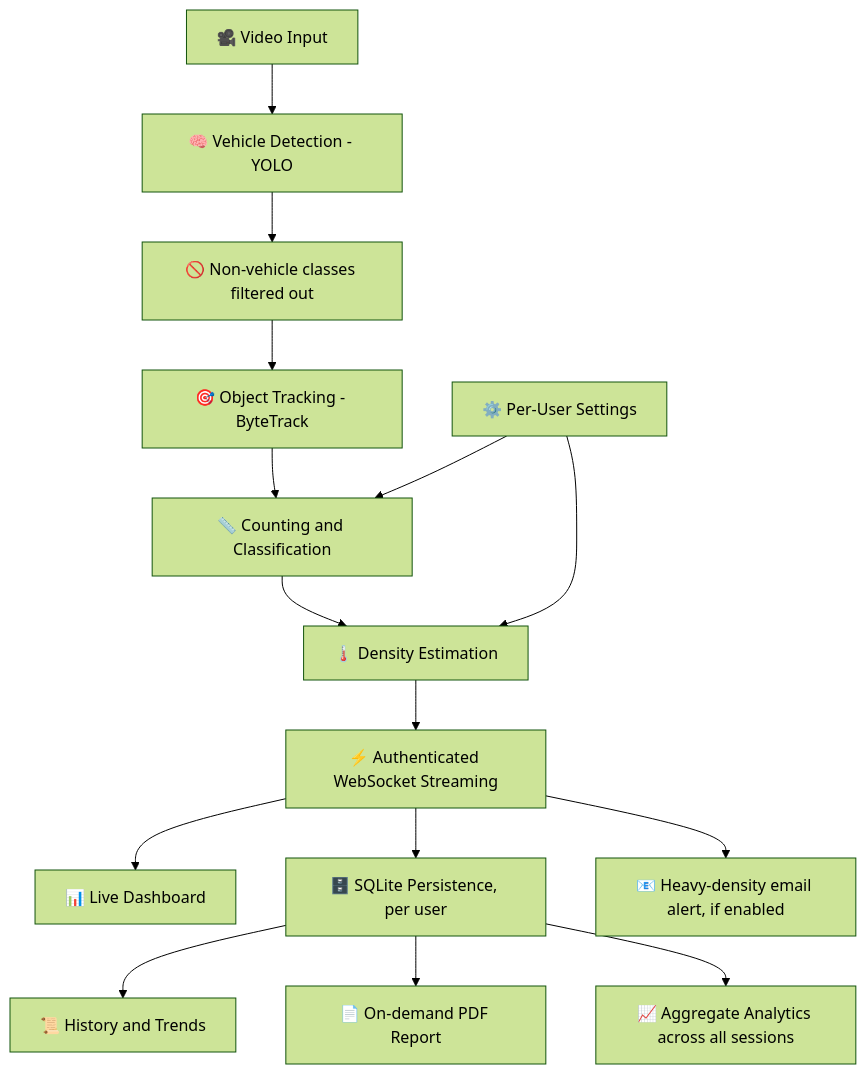
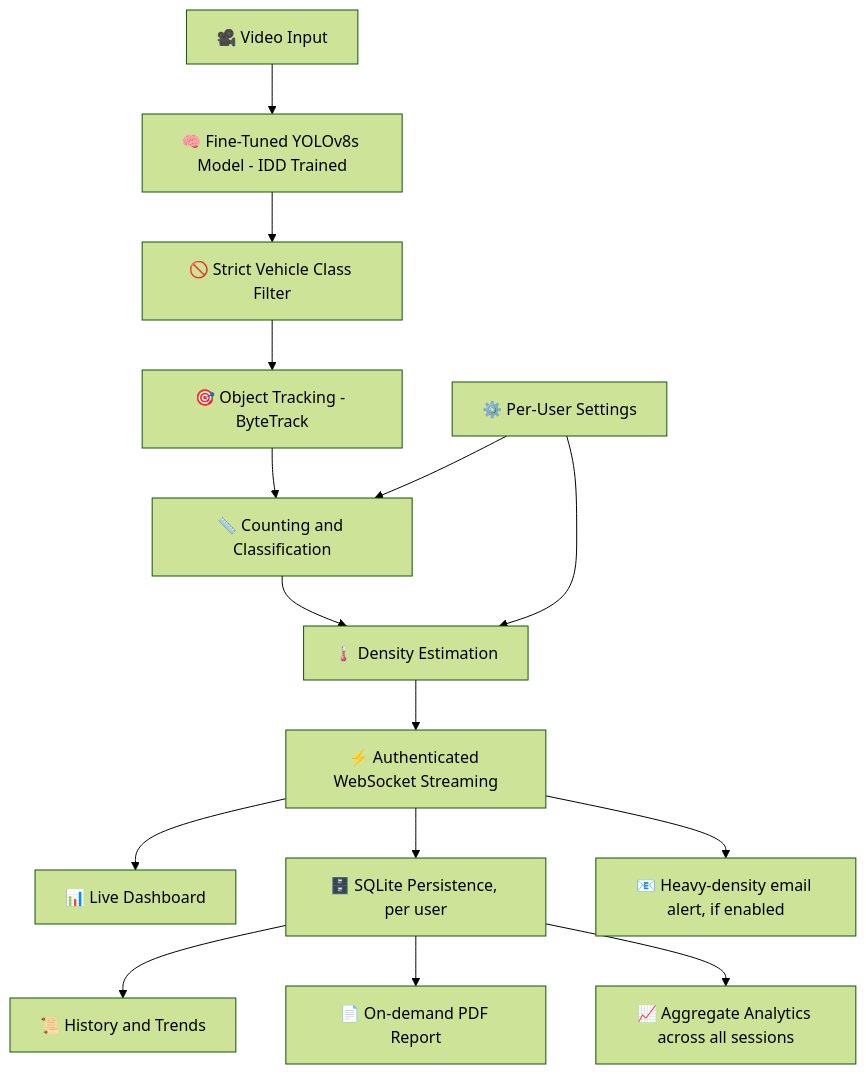
Before and after one commit to adityyapratapsingh22/YatayatAi: the first of 2 diagrams in README.md, drawn with Mermaid (forest theme). The commit also changed other lines of this file, not shown here.

````diff
--- a/README.md
+++ b/README.md
@@ -74,17 +99,17 @@
 ```mermaid
 flowchart TD
-    A[🎥 Video Input] --> B[🧠 Vehicle Detection - YOLO]
-    B --> B2[🚫 Non-vehicle classes filtered out]
+    A[🎥 Video Input] --> B[🧠 Fine-Tuned YOLOv8s Model - IDD Trained]
+    B --> B2[🚫 Strict Vehicle Class Filter]
     B2 --> C[🎯 Object Tracking - ByteTrack]
     C --> D[📏 Counting and Classification]
     D --> E[🌡️ Density Estimation]
     E --> F[⚡ Authenticated WebSocket Streaming]
     F --> G[📊 Live Dashboard]
     F --> H[🗄️ SQLite Persistence, per user]
     F --> J[📧 Heavy-density email alert, if enabled]
     H --> I[📜 History and Trends]
     H --> L[📄 On-demand PDF Report]
     H --> M[📈 Aggregate Analytics across all sessions]
     K[⚙️ Per-User Settings] --> E
     K --> D
 ```
````
